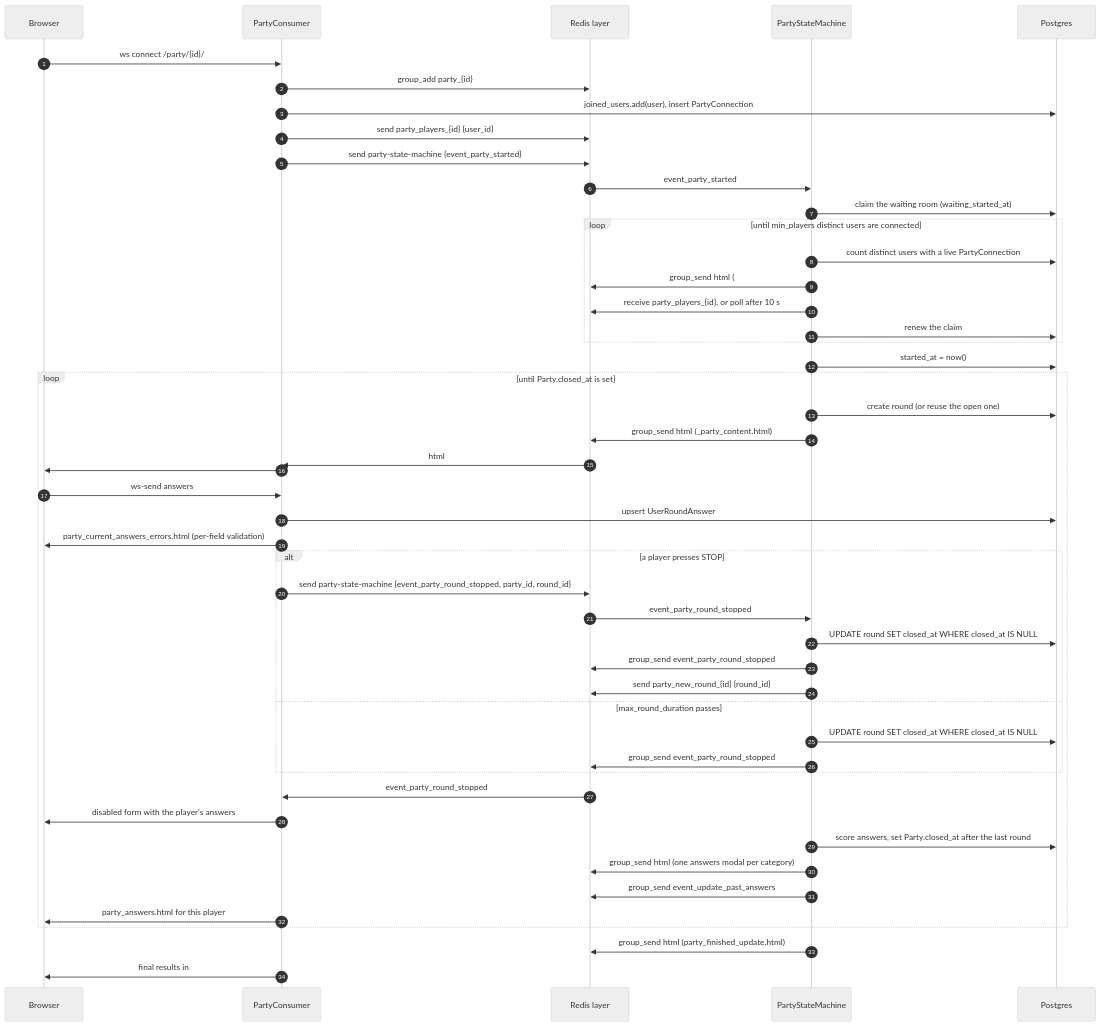
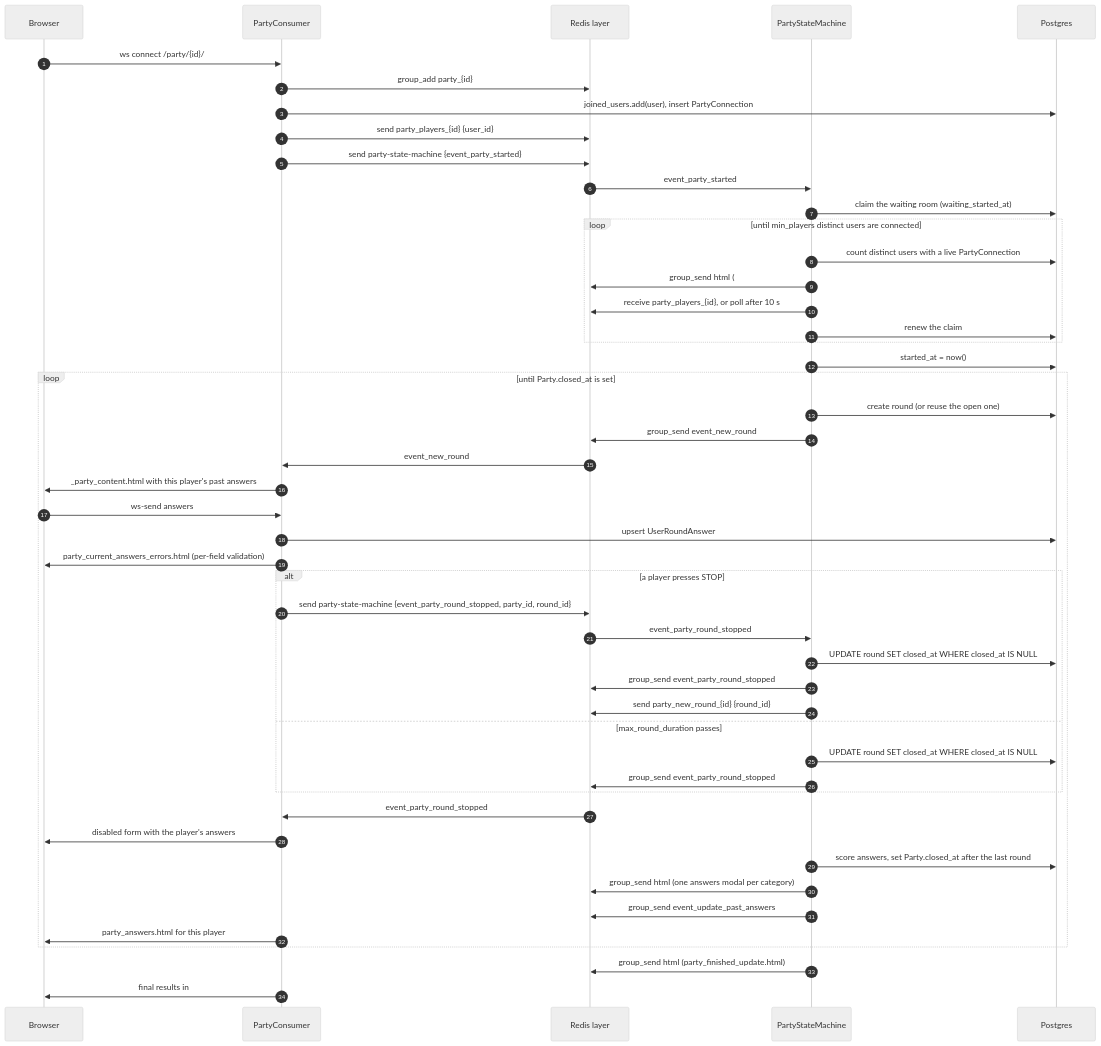
One commit to DanielGnzlzVll/AACX changed the second of 5 diagrams in docs/architecture.md. Above: the diagram before and after it, drawn with Mermaid (neutral theme). The commit also changed other lines of this file and 4 other files, not shown here.

First line of the commit message:
AACX-18: keep each player's past answers when a round starts (#62)

````diff
--- a/docs/architecture.md
+++ b/docs/architecture.md
@@ -135,51 +136,51 @@
 ```mermaid
 sequenceDiagram
     autonumber
     participant B as Browser
     participant C as PartyConsumer
     participant R as Redis layer
     participant SM as PartyStateMachine
     participant DB as Postgres
 
     B->>C: ws connect /party/{id}/
     C->>R: group_add party_{id}
     C->>DB: joined_users.add(user), insert PartyConnection
     C->>R: send party_players_{id} {user_id}
     C->>R: send party-state-machine {event_party_started}
     R->>SM: event_party_started
     SM->>DB: claim the waiting room (waiting_started_at)
     loop until min_players distinct users are connected
         SM->>DB: count distinct users with a live PartyConnection
         SM->>R: group_send html (#party_content)
         SM->>R: receive party_players_{id}, or poll after 10 s
         SM->>DB: renew the claim
     end
     SM->>DB: started_at = now()
     loop until Party.closed_at is set
         SM->>DB: create round (or reuse the open one)
-        SM->>R: group_send html (_party_content.html)
-        R->>C: html
-        C->>B: #party_past_answers, #party_current_answers, #party_reports
+        SM->>R: group_send event_new_round
+        R->>C: event_new_round
+        C->>B: _party_content.html with this player's past answers
         B->>C: ws-send answers
         C->>DB: upsert UserRoundAnswer
         C->>B: party_current_answers_errors.html (per-field validation)
         alt a player presses STOP
             C->>R: send party-state-machine {event_party_round_stopped, party_id, round_id}
             R->>SM: event_party_round_stopped
             SM->>DB: UPDATE round SET closed_at WHERE closed_at IS NULL
             SM->>R: group_send event_party_round_stopped
             SM->>R: send party_new_round_{id} {round_id}
         else max_round_duration passes
             SM->>DB: UPDATE round SET closed_at WHERE closed_at IS NULL
             SM->>R: group_send event_party_round_stopped
         end
         R->>C: event_party_round_stopped
         C->>B: disabled form with the player's answers
         SM->>DB: score answers, set Party.closed_at after the last round
         SM->>R: group_send html (one answers modal per category)
         SM->>R: group_send event_update_past_answers
         C->>B: party_answers.html for this player
     end
     SM->>R: group_send html (party_finished_update.html)
     C->>B: final results in #party_current_answers and #party_reports
 ```
````
